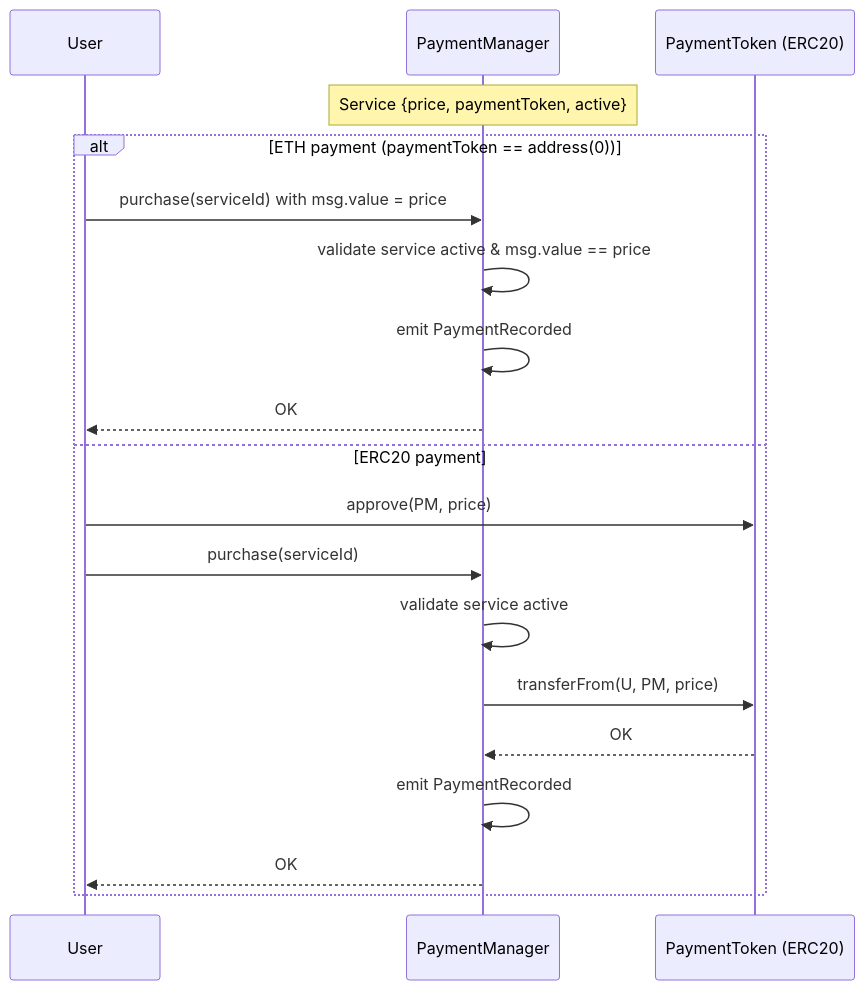
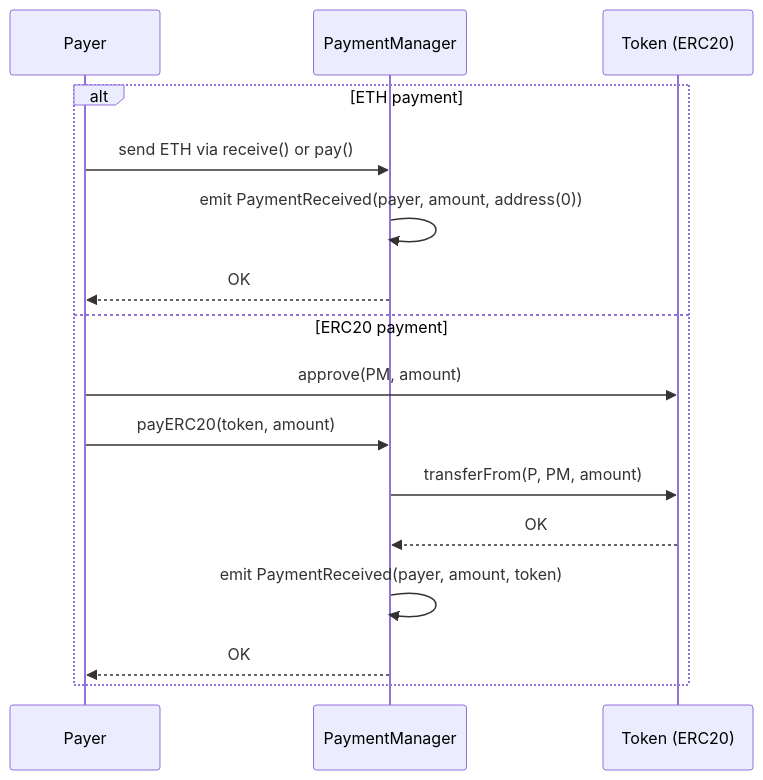
The second of 4 diagrams in PaymentManager-TechnicalSpec.md (PerpetualOrganizationArchitect/POP), drawn with Mermaid before and after one commit. The commit also changed other lines of this file, not shown here.

First line of the commit message:
Refactor: Remove services, simplify to direct payment acceptance

````diff
--- a/PaymentManager-TechnicalSpec.md
+++ b/PaymentManager-TechnicalSpec.md
@@ -199,22 +181,19 @@
 ```mermaid
 sequenceDiagram
-    participant U as User
+    participant P as Payer
     participant PM as PaymentManager
-    participant PT as PaymentToken (ERC20)
-    Note over PM: Service {price, paymentToken, active}
+    participant T as Token (ERC20)
 
-    alt ETH payment (paymentToken == address(0))
-      U->>PM: purchase(serviceId) with msg.value = price
-      PM->>PM: validate service active & msg.value == price
-      PM->>PM: emit PaymentRecorded
-      PM-->>U: OK
+    alt ETH payment
+      P->>PM: send ETH via receive() or pay()
+      PM->>PM: emit PaymentReceived(payer, amount, address(0))
+      PM-->>P: OK
     else ERC20 payment
-      U->>PT: approve(PM, price)
-      U->>PM: purchase(serviceId)
-      PM->>PM: validate service active
-      PM->>PT: transferFrom(U, PM, price)
-      PT-->>PM: OK
-      PM->>PM: emit PaymentRecorded
-      PM-->>U: OK
+      P->>T: approve(PM, amount)
+      P->>PM: payERC20(token, amount)
+      PM->>T: transferFrom(P, PM, amount)
+      T-->>PM: OK
+      PM->>PM: emit PaymentReceived(payer, amount, token)
+      PM-->>P: OK
     end
 ```
````
